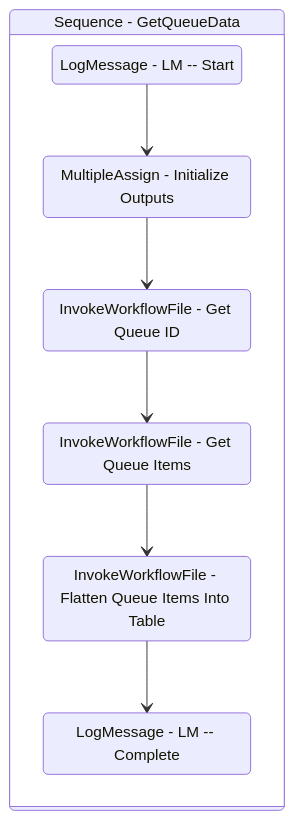
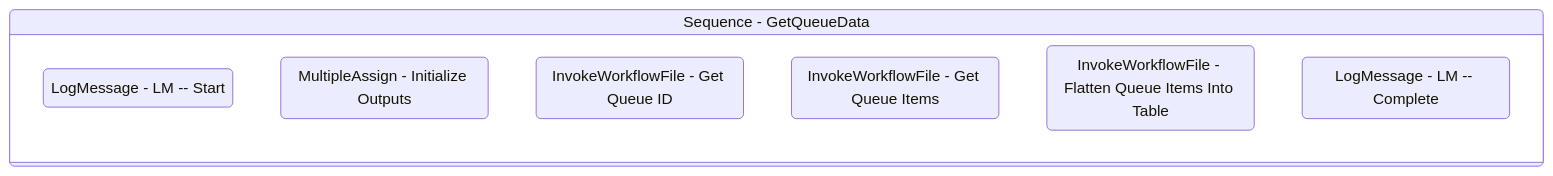
Before and after one commit to yashbrahmbhatt/LazyFramework: the diagram in Documentation/.templates/Reporters/Basic/Logic/GetQueueData.md, drawn with Mermaid. The commit also changed 72 other files, not shown here.

````diff
--- a/Documentation/.templates/Reporters/Basic/Logic/GetQueueData.md
+++ b/Documentation/.templates/Reporters/Basic/Logic/GetQueueData.md
@@ -145,20 +145,15 @@
 ```mermaid
 stateDiagram-v2
 
 
 Sequence_1: Sequence - GetQueueData
 state Sequence_1 {
 direction TB
 LogMessage_1 : LogMessage - LM -- Start
 MultipleAssign_1 : MultipleAssign - Initialize Outputs
-LogMessage_1 --> MultipleAssign_1
 InvokeWorkflowFile_1 : InvokeWorkflowFile - Get Queue ID
-MultipleAssign_1 --> InvokeWorkflowFile_1
 InvokeWorkflowFile_2 : InvokeWorkflowFile - Get Queue Items
-InvokeWorkflowFile_1 --> InvokeWorkflowFile_2
 InvokeWorkflowFile_3 : InvokeWorkflowFile - Flatten Queue Items Into Table
-InvokeWorkflowFile_2 --> InvokeWorkflowFile_3
 LogMessage_2 : LogMessage - LM -- Complete
-InvokeWorkflowFile_3 --> LogMessage_2
 }
 ```
````
